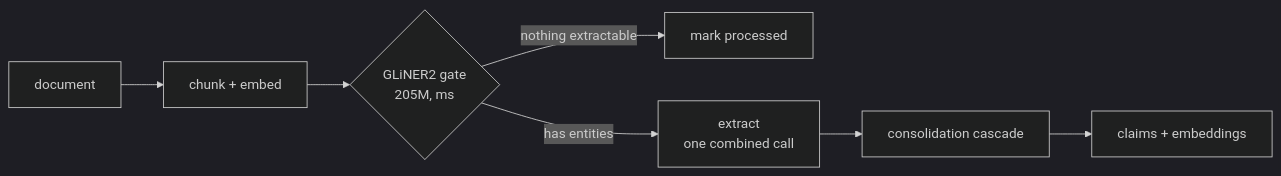
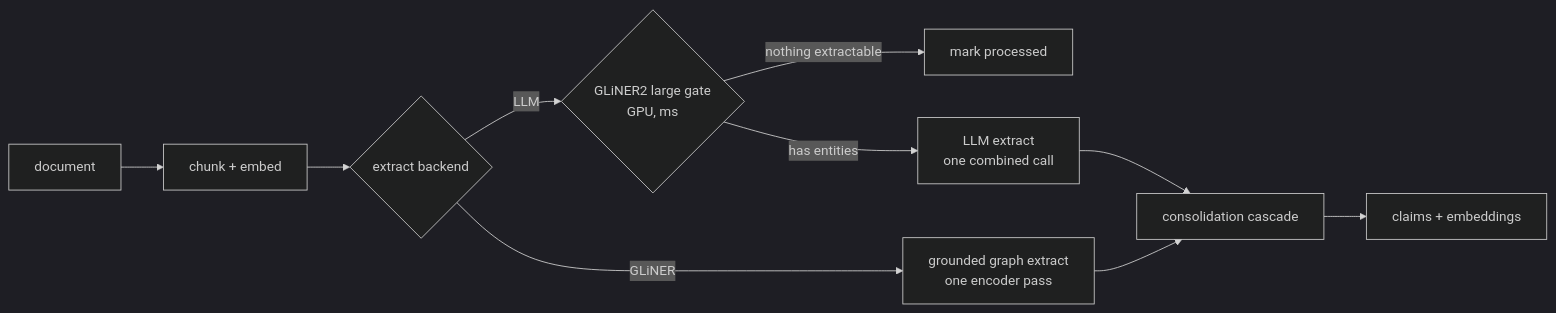
Before and after one commit to phvv-me/aizk: the diagram in docs/engine/write-path.md, drawn with Mermaid (dark theme). The commit also changed other lines of this file and 298 other files, not shown here.

````diff
--- a/docs/engine/write-path.md
+++ b/docs/engine/write-path.md
@@ -9,9 +15,12 @@
 ```mermaid
 flowchart LR
     D[document] --> C[chunk + embed]
-    C --> G{GLiNER2 gate<br/>205M, ms}
+    C --> B{extract backend}
+    B -->|LLM| G{GLiNER2 large gate<br/>GPU, ms}
     G -->|nothing extractable| X[mark processed]
-    G -->|has entities| E[extract<br/>one combined call]
+    G -->|has entities| L[LLM extract<br/>one combined call]
+    B -->|GLiNER| E[grounded graph extract<br/>one encoder pass]
+    L --> K[consolidation cascade]
     E --> K[consolidation cascade]
     K --> W[claims + embeddings]
 ```
````
